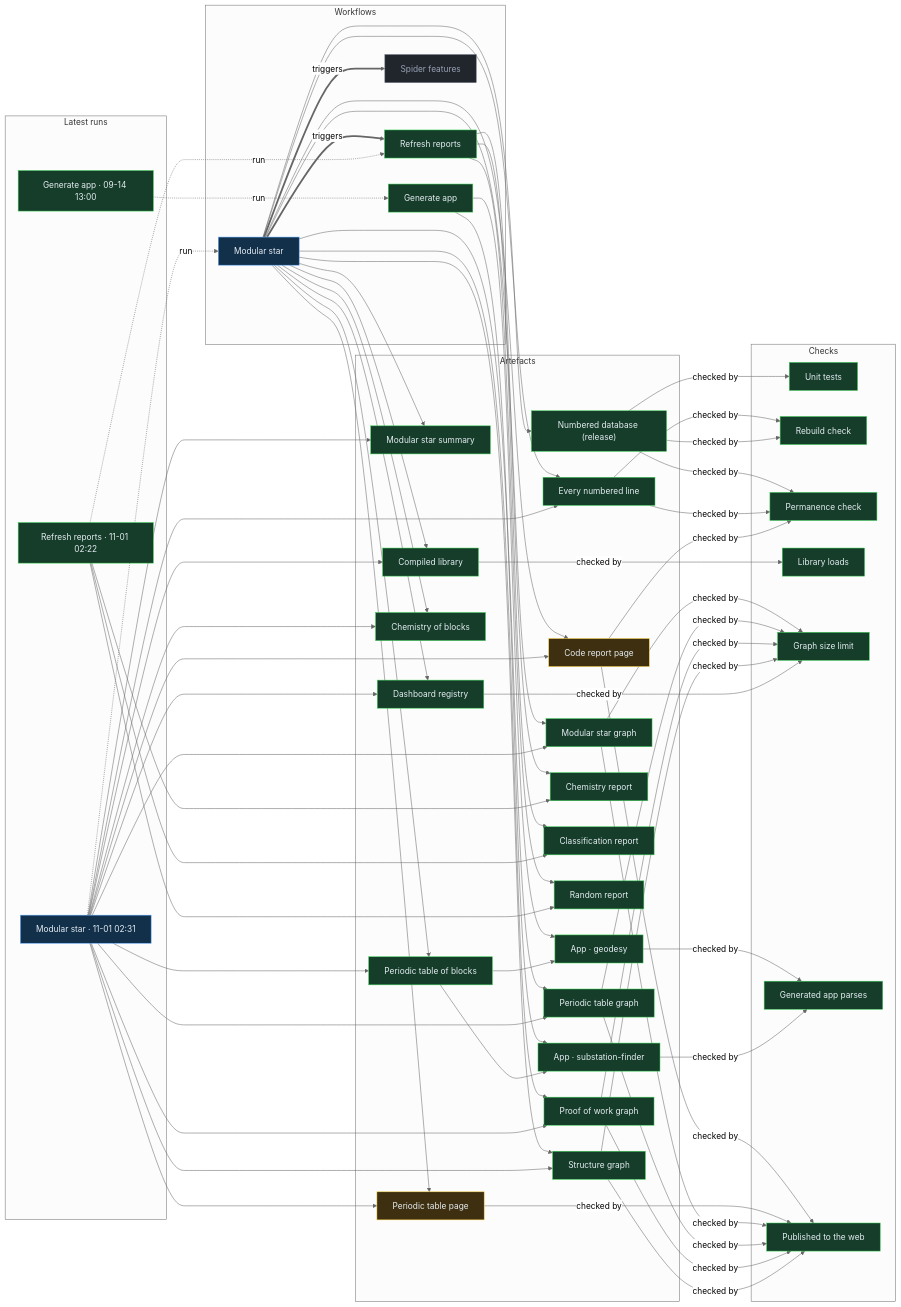
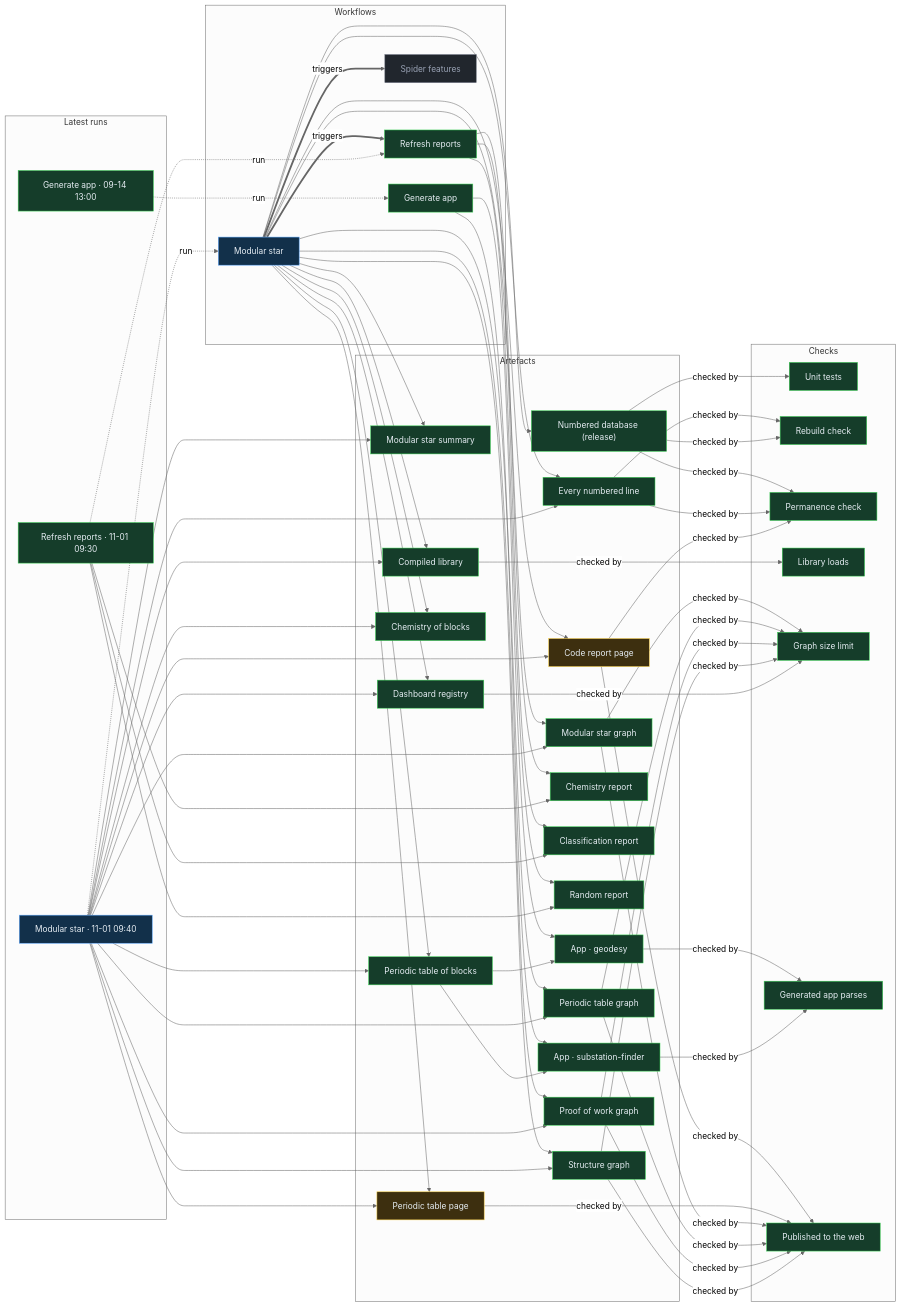
The diagram in proof/PROOF.md (Ventusltd/stars), drawn with Mermaid (neutral theme) before and after one commit. The commit also changed other lines of this file and 54 other files, not shown here.

Commit message:
Modular star 2026-11-01T09:42Z

```diff
--- a/proof/PROOF.md
+++ b/proof/PROOF.md
@@ -24,8 +24,8 @@
   n_wf_spider_features["Spider features"]:::off
   end
   subgraph g_runs["Latest runs"]
-  n_run_41265549316["Modular star · 11-01 02:31"]:::live
-  n_run_41264901692["Refresh reports · 11-01 02:22"]:::ok
+  n_run_41294128633["Modular star · 11-01 09:40"]:::live
+  n_run_41293405654["Refresh reports · 11-01 09:30"]:::ok
   n_run_34846587798["Generate app · 09-14 13:00"]:::ok
   end
   subgraph g_artefacts["Artefacts"]
@@ -59,39 +59,39 @@
   end
   n_wf_modular_star == triggers ==> n_wf_refresh
   n_wf_modular_star == triggers ==> n_wf_spider_features
-  n_run_41265549316 -. run .-> n_wf_modular_star
-  n_run_41264901692 -. run .-> n_wf_refresh
+  n_run_41294128633 -. run .-> n_wf_modular_star
+  n_run_41293405654 -. run .-> n_wf_refresh
   n_run_34846587798 -. run .-> n_wf_generate
   n_wf_modular_star --> n_art_summary
-  n_run_41265549316 --> n_art_summary
+  n_run_41294128633 --> n_art_summary
   n_wf_modular_star --> n_art_lines
-  n_run_41265549316 --> n_art_lines
+  n_run_41294128633 --> n_art_lines
   n_wf_modular_star --> n_art_code
-  n_run_41265549316 --> n_art_code
+  n_run_41294128633 --> n_art_code
   n_wf_modular_star --> n_art_modular_graph
-  n_run_41265549316 --> n_art_modular_graph
+  n_run_41294128633 --> n_art_modular_graph
   n_wf_modular_star --> n_art_blocks
-  n_run_41265549316 --> n_art_blocks
+  n_run_41294128633 --> n_art_blocks
   n_wf_modular_star --> n_art_table
-  n_run_41265549316 --> n_art_table
+  n_run_41294128633 --> n_art_table
   n_wf_modular_star --> n_art_blocks_graph
-  n_run_41265549316 --> n_art_blocks_graph
+  n_run_41294128633 --> n_art_blocks_graph
   n_wf_modular_star --> n_art_reactions
-  n_run_41265549316 --> n_art_reactions
+  n_run_41294128633 --> n_art_reactions
   n_wf_modular_star --> n_art_library
-  n_run_41265549316 --> n_art_library
+  n_run_41294128633 --> n_art_library
   n_wf_modular_star --> n_art_features
-  n_run_41265549316 --> n_art_features
+  n_run_41294128633 --> n_art_features
   n_wf_modular_star --> n_art_proof
-  n_run_41265549316 --> n_art_proof
+  n_run_41294128633 --> n_art_proof
   n_wf_modular_star --> n_art_structure
-  n_run_41265549316 --> n_art_structure
+  n_run_41294128633 --> n_art_structure
   n_wf_refresh --> n_art_chemistry
-  n_run_41264901692 --> n_art_chemistry
+  n_run_41293405654 --> n_art_chemistry
   n_wf_refresh --> n_art_vedic
-  n_run_41264901692 --> n_art_vedic
+  n_run_41293405654 --> n_art_vedic
   n_wf_refresh --> n_art_random
-  n_run_41264901692 --> n_art_random
+  n_run_41293405654 --> n_art_random
   n_wf_modular_star --> n_art_release
   n_wf_generate --> n_app_geodesy
   n_art_blocks --> n_app_geodesy
```
